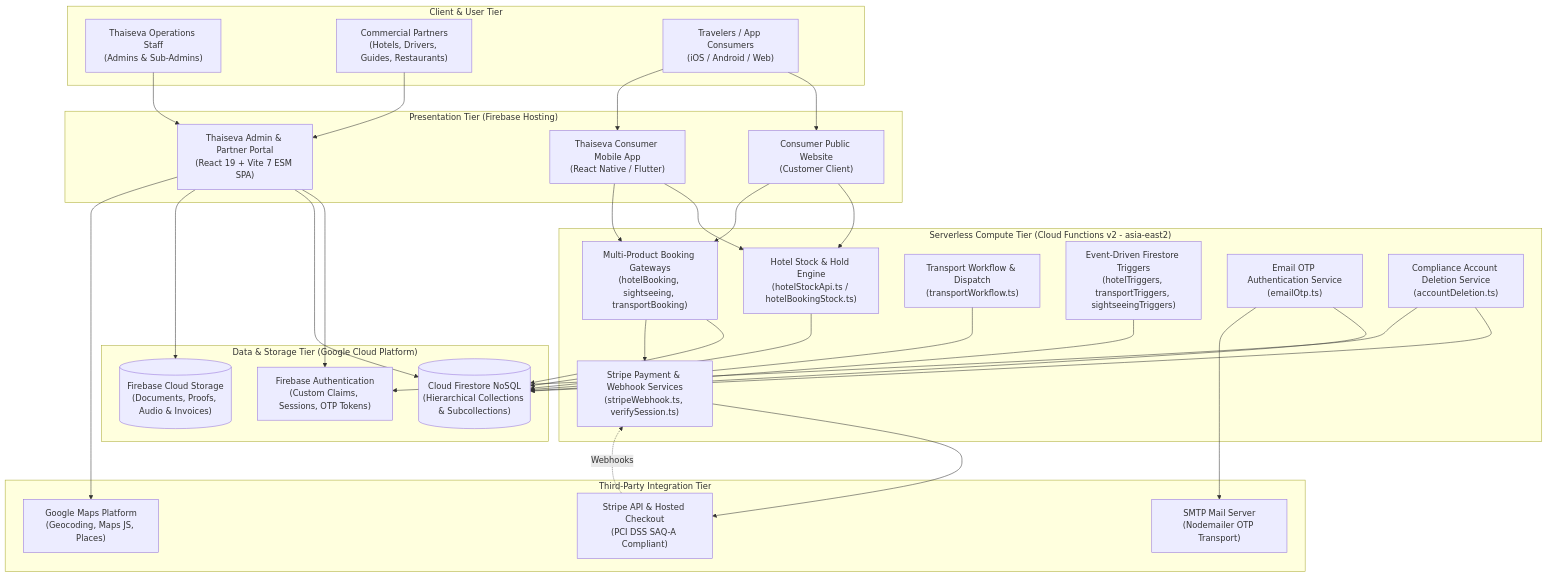
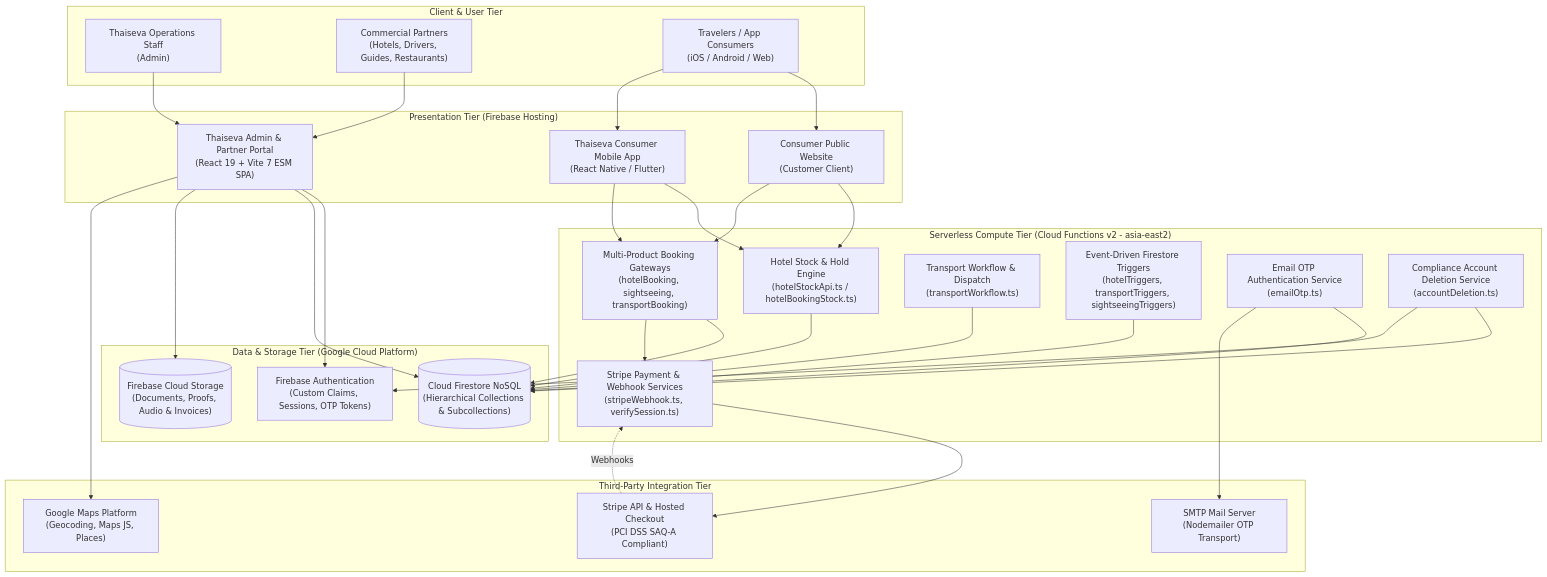
Before and after one commit to Thaiseva-Org/Thaiseva-Admin: the first of 5 diagrams in docs/02-architecture/SYSTEM_ARCHITECTURE.md, drawn with Mermaid. The commit also changed other lines of this file and 13 other files, not shown here.

````diff
--- a/docs/02-architecture/SYSTEM_ARCHITECTURE.md
+++ b/docs/02-architecture/SYSTEM_ARCHITECTURE.md
@@ -17,64 +19,64 @@
 ```mermaid
 flowchart TB
     subgraph ClientTier["Client & User Tier"]
-        AdminStaff["Thaiseva Operations Staff<br/>(Admins & Sub-Admins)"]
+        AdminStaff["Thaiseva Operations Staff<br/>(Admin)"]
         Partners["Commercial Partners<br/>(Hotels, Drivers, Guides, Restaurants)"]
         Travelers["Travelers / App Consumers<br/>(iOS / Android / Web)"]
     end
 
     subgraph PresentationTier["Presentation Tier (Firebase Hosting)"]
         PortalSPA["Thaiseva Admin & Partner Portal<br/>(React 19 + Vite 7 ESM SPA)"]
         PublicWeb["Consumer Public Website<br/>(Customer Client)"]
         MobileApp["Thaiseva Consumer Mobile App<br/>(React Native / Flutter)"]
     end
 
     subgraph ServerlessBackend["Serverless Compute Tier (Cloud Functions v2 - asia-east2)"]
         StockEngine["Hotel Stock & Hold Engine<br/>(hotelStockApi.ts / hotelBookingStock.ts)"]
         BookingEngine["Multi-Product Booking Gateways<br/>(hotelBooking, sightseeing, transportBooking)"]
         TransportEngine["Transport Workflow & Dispatch<br/>(transportWorkflow.ts)"]
         TriggerEngine["Event-Driven Firestore Triggers<br/>(hotelTriggers, transportTriggers, sightseeingTriggers)"]
         PaymentEngine["Stripe Payment & Webhook Services<br/>(stripeWebhook.ts, verifySession.ts)"]
         OTPEngine["Email OTP Authentication Service<br/>(emailOtp.ts)"]
         DeletionEngine["Compliance Account Deletion Service<br/>(accountDeletion.ts)"]
     end
 
     subgraph DataTier["Data & Storage Tier (Google Cloud Platform)"]
         Firestore[("Cloud Firestore NoSQL<br/>(Hierarchical Collections & Subcollections)")]
         Storage[("Firebase Cloud Storage<br/>(Documents, Proofs, Audio & Invoices)")]
         AuthService["Firebase Authentication<br/>(Custom Claims, Sessions, OTP Tokens)"]
     end
 
     subgraph ExternalServices["Third-Party Integration Tier"]
         StripeAPI["Stripe API & Hosted Checkout<br/>(PCI DSS SAQ-A Compliant)"]
         GoogleMaps["Google Maps Platform<br/>(Geocoding, Maps JS, Places)"]
         SMTPGateway["SMTP Mail Server<br/>(Nodemailer OTP Transport)"]
     end
 
     AdminStaff --> PortalSPA
     Partners --> PortalSPA
     Travelers --> PublicWeb
     Travelers --> MobileApp
 
     PortalSPA --> AuthService
     PortalSPA --> Firestore
     PortalSPA --> Storage
     PortalSPA --> GoogleMaps
 
     PublicWeb --> StockEngine
     PublicWeb --> BookingEngine
     MobileApp --> StockEngine
     MobileApp --> BookingEngine
 
     StockEngine --> Firestore
     BookingEngine --> Firestore
     BookingEngine --> PaymentEngine
     TransportEngine --> Firestore
     TriggerEngine --> Firestore
     OTPEngine --> Firestore
     OTPEngine --> SMTPGateway
     DeletionEngine --> Firestore
     DeletionEngine --> AuthService
 
     PaymentEngine --> StripeAPI
     StripeAPI -.->|Webhooks| PaymentEngine
 ```
````
